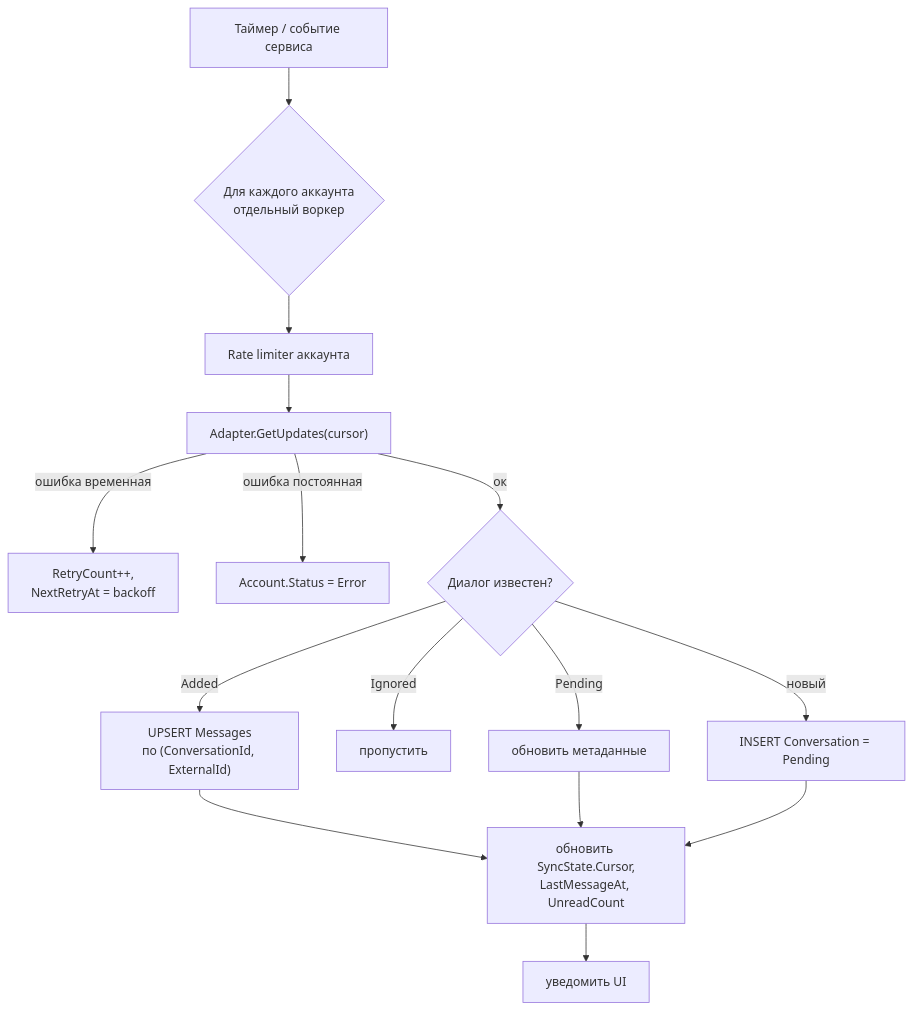
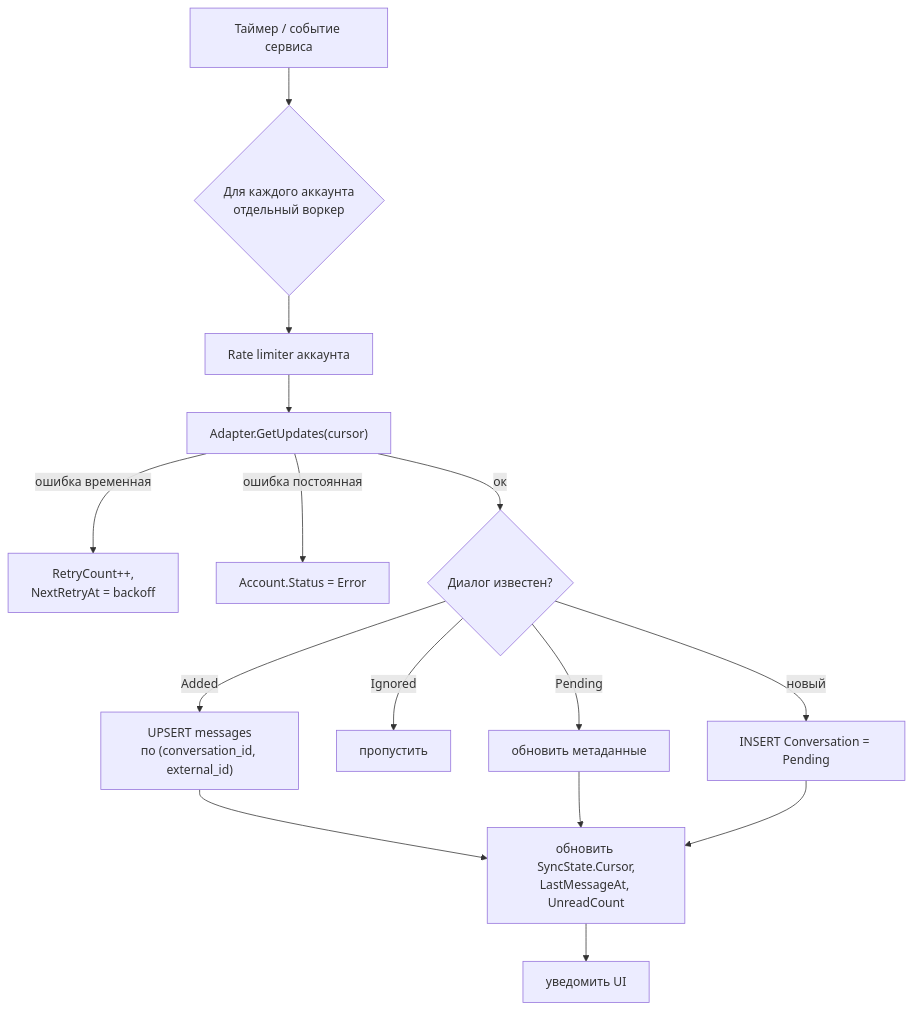
Before and after one commit to HRV220/MessageHub: the sixth of 9 diagrams in docs/TZ_Local_Messenger_Hub.md, drawn with Mermaid. The commit also changed other lines of this file and 11 other files, not shown here.

````diff
--- a/docs/TZ_Local_Messenger_Hub.md
+++ b/docs/TZ_Local_Messenger_Hub.md
@@ -917,17 +826,17 @@
 ```mermaid
 flowchart TB
     T["Таймер / событие сервиса"] --> W{"Для каждого аккаунта<br/>отдельный воркер"}
     W --> RL["Rate limiter аккаунта"]
     RL --> GU["Adapter.GetUpdates(cursor)"]
     GU -->|ошибка временная| RETRY["RetryCount++,<br/>NextRetryAt = backoff"]
     GU -->|ошибка постоянная| ERR["Account.Status = Error"]
     GU -->|ок| SPLIT{"Диалог известен?"}
-    SPLIT -->|Added| SAVE["UPSERT Messages<br/>по (ConversationId, ExternalId)"]
+    SPLIT -->|Added| SAVE["UPSERT messages<br/>по (conversation_id, external_id)"]
     SPLIT -->|Ignored| SKIP["пропустить"]
     SPLIT -->|Pending| META["обновить метаданные"]
     SPLIT -->|новый| NEW["INSERT Conversation = Pending"]
     SAVE --> CUR["обновить SyncState.Cursor,<br/>LastMessageAt, UnreadCount"]
     META --> CUR
     NEW --> CUR
     CUR --> NOTIFY["уведомить UI"]
 ```
````
